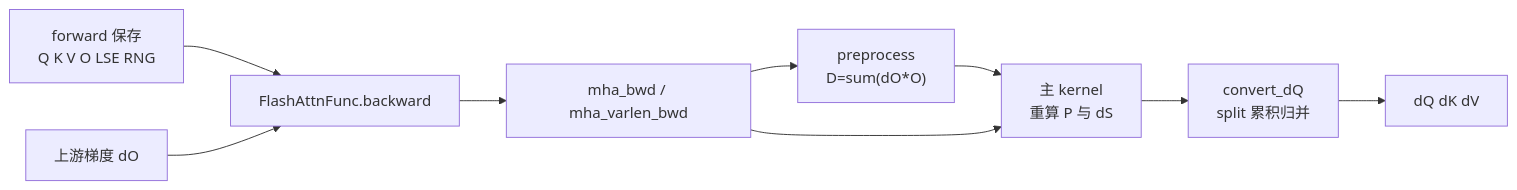
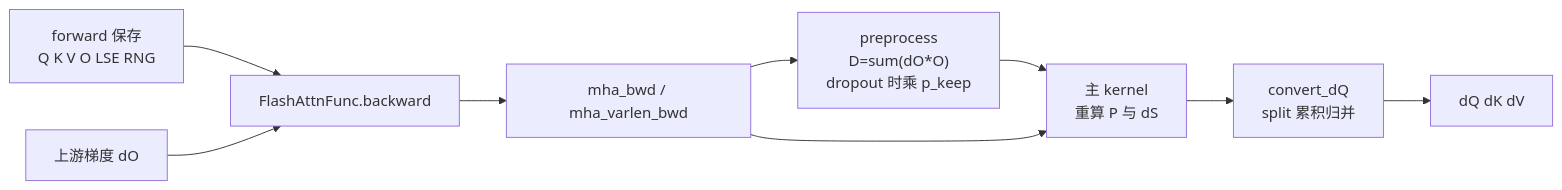
One commit to OnlyHero5/sglang-reading-vault changed the diagram in flash-attn_reading/CUDA内核/Backward/FlashAttention-Backward.md. Above: the diagram before and after it, drawn with Mermaid. The commit also changed other lines of this file and 512 other files, not shown here.

````diff
--- a/flash-attn_reading/CUDA内核/Backward/FlashAttention-Backward.md
+++ b/flash-attn_reading/CUDA内核/Backward/FlashAttention-Backward.md
@@ -53,14 +53,14 @@
 ```mermaid
 flowchart LR
     FWD["forward 保存<br/>Q K V O LSE RNG"]
     DO["上游梯度 dO"]
     PY["FlashAttnFunc.backward"]
     CPP["mha_bwd / mha_varlen_bwd"]
-    PRE["preprocess<br/>D=sum(dO*O)"]
+    PRE["preprocess<br/>D=sum(dO*O)<br/>dropout 时乘 p_keep"]
     MAIN["主 kernel<br/>重算 P 与 dS"]
     CVT["convert_dQ<br/>split 累积归并"]
     GRAD["dQ dK dV"]
     FWD --> PY
     DO --> PY --> CPP --> PRE --> MAIN --> CVT --> GRAD
     CPP --> MAIN
 ```
````
